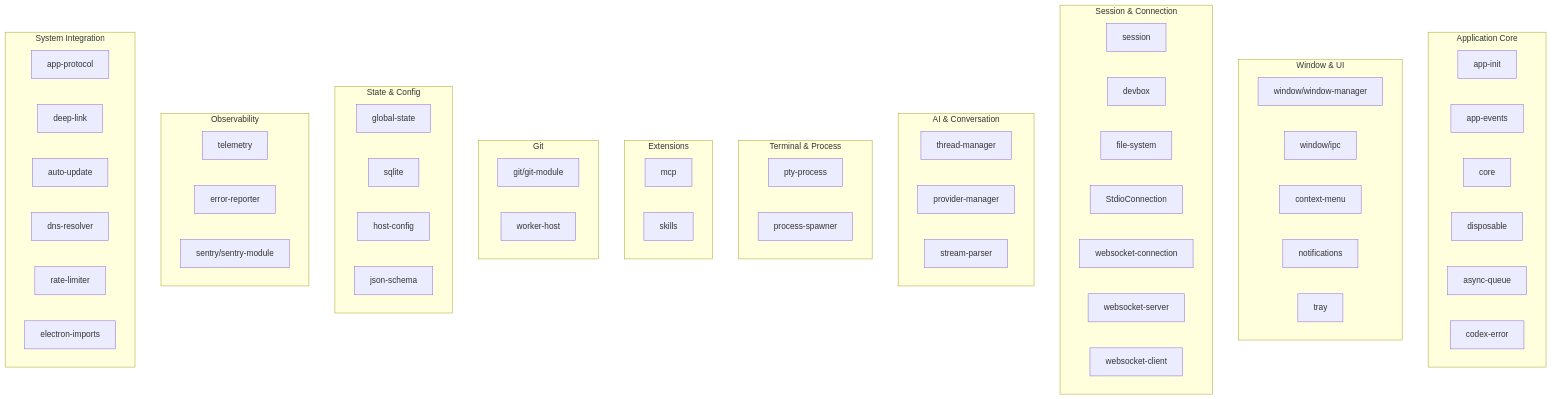
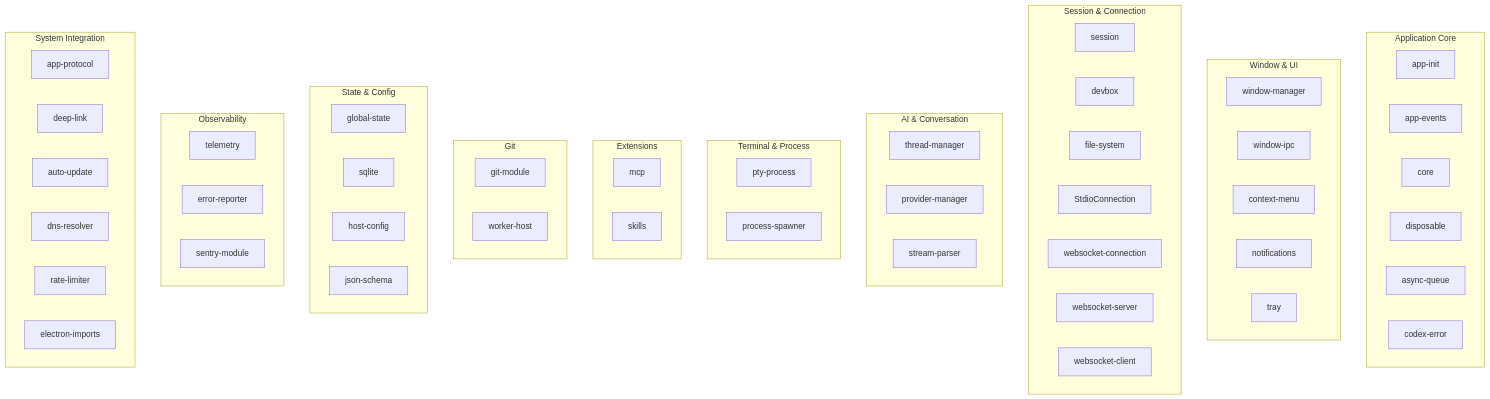
Before and after one commit to ChrisFeldmeier/codex-research: the diagram in 03-main-process-modules.md, drawn with Mermaid. The commit also changed 10 other files, not shown here.

Commit message:
Refactor mermaid diagrams for improved clarity and consistency in label descriptions across various documentation files

````diff
--- a/03-main-process-modules.md
+++ b/03-main-process-modules.md
@@ -11,72 +11,72 @@
 ```mermaid
 flowchart TD
     subgraph "Application Core"
         INIT["app-init"]
         EVENTS["app-events"]
         CORE["core"]
         DISPOSE["disposable"]
         QUEUE["async-queue"]
         ERROR["codex-error"]
     end
 
     subgraph "Window & UI"
-        WM["window/window-manager"]
-        IPC_MOD["window/ipc"]
+        WM["window-manager"]
+        IPC_MOD["window-ipc"]
         CTX["context-menu"]
         NOTIF["notifications"]
         TRAY["tray"]
     end
 
     subgraph "Session & Connection"
         SESSION["session"]
         DEVBOX["devbox"]
         FS["file-system"]
         STDIO["StdioConnection"]
         WSC["websocket-connection"]
         WSS["websocket-server"]
         WSCL["websocket-client"]
     end
 
     subgraph "AI & Conversation"
         TM["thread-manager"]
         PM["provider-manager"]
         STREAM["stream-parser"]
     end
 
     subgraph "Terminal & Process"
         PTY["pty-process"]
         SPAWN["process-spawner"]
     end
 
     subgraph "Extensions"
         MCP_MOD["mcp"]
         SKILLS["skills"]
     end
 
     subgraph "Git"
-        GIT["git/git-module"]
+        GIT["git-module"]
         WORKER["worker-host"]
     end
 
     subgraph "State & Config"
         STATE["global-state"]
         SQLITE["sqlite"]
         HOST["host-config"]
         JSON_S["json-schema"]
     end
 
     subgraph "Observability"
         TELE["telemetry"]
         ERR_R["error-reporter"]
-        SENTRY_MOD["sentry/sentry-module"]
+        SENTRY_MOD["sentry-module"]
     end
 
     subgraph "System Integration"
         PROTO["app-protocol"]
         DL["deep-link"]
         AU["auto-update"]
         DNS["dns-resolver"]
         RATE["rate-limiter"]
         ELECTRON_IMP["electron-imports"]
     end
 ```
````
